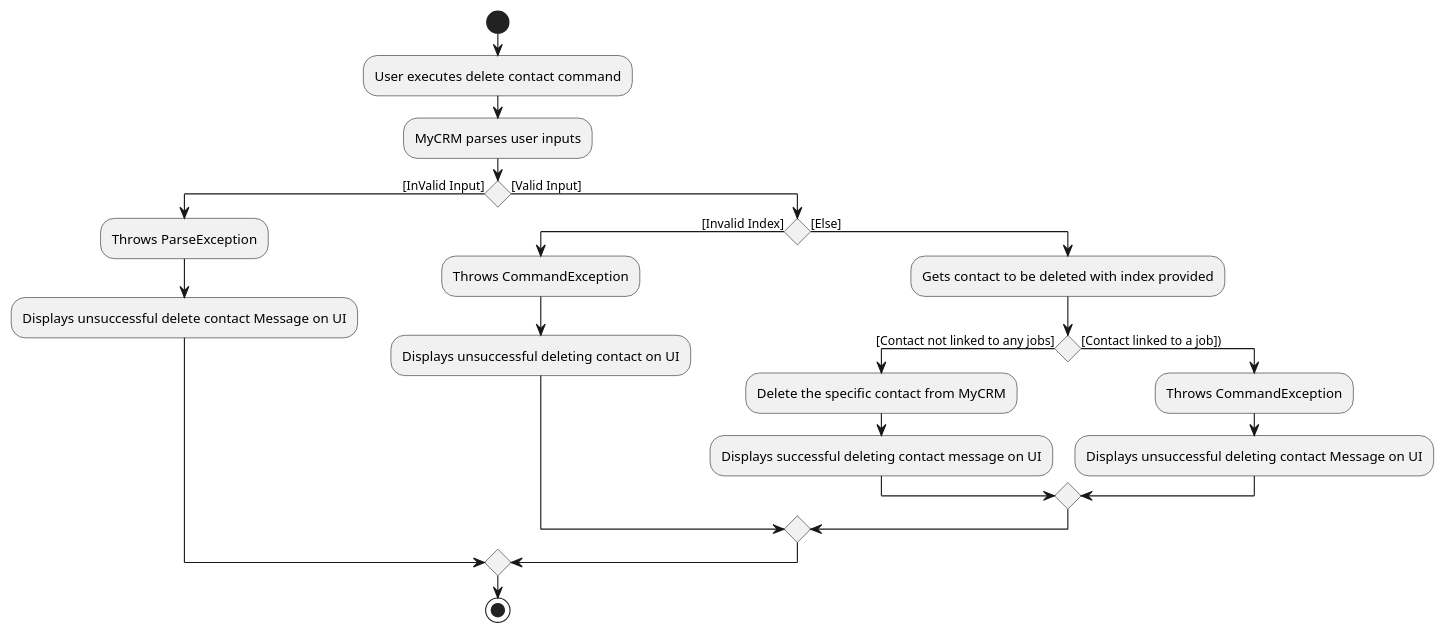
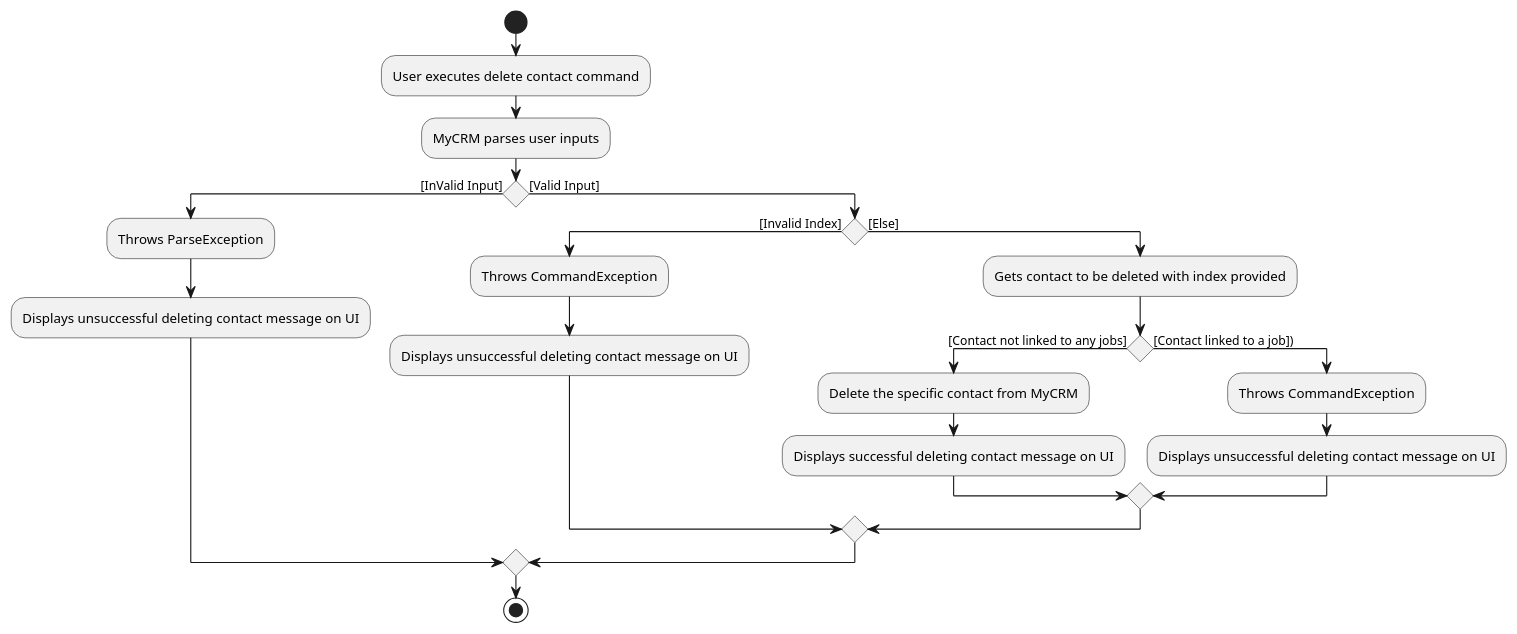
The diagram in docs/diagrams/contact/DeleteContactActivityDiagram.puml (ooawagaeri/tp), drawn with PlantUML before and after one commit. The commit also changed 16 other files, not shown here.

Commit message:
Update format of diagrams and ppp

```diff
--- a/docs/diagrams/contact/DeleteContactActivityDiagram.puml
+++ b/docs/diagrams/contact/DeleteContactActivityDiagram.puml
@@ -1,24 +1,24 @@
 @startuml
 start
 :User executes delete contact command;
 :MyCRM parses user inputs;
 if () then ([InValid Input])
     :Throws ParseException;
-    :Displays unsuccessful delete contact Message on UI;
+    :Displays unsuccessful deleting contact message on UI;
 else ([Valid Input])
 if () then ([Invalid Index])
     :Throws CommandException;
-    :Displays unsuccessful deleting contact on UI;
+    :Displays unsuccessful deleting contact message on UI;
 else ([Else])
     :Gets contact to be deleted with index provided;
     if () then ([Contact not linked to any jobs])
     :Delete the specific contact from MyCRM;
     :Displays successful deleting contact message on UI;
     else ([Contact linked to a job]))
     :Throws CommandException;
-    :Displays unsuccessful deleting contact Message on UI;
+    :Displays unsuccessful deleting contact message on UI;
 endif
 endif
 endif
 stop
 @enduml
```
